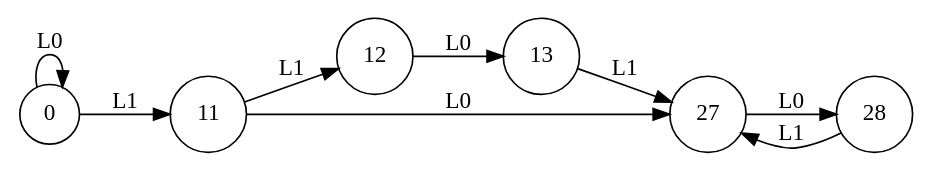
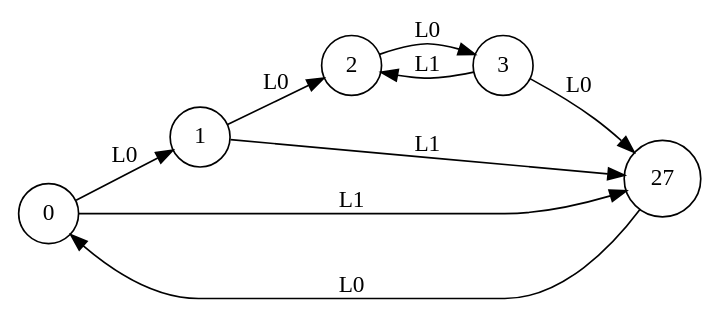
The diagram in learning_E0/learnt-automaton_5_2_2_1~3.dot (k85-ai/KB1), drawn with Graphviz before and after one commit. The commit also changed 403 other files, not shown here.

Commit message:
rerun basic edsm model and upload figure

```diff
--- a/learning_E0/learnt-automaton_5_2_2_1~3.dot
+++ b/learning_E0/learnt-automaton_5_2_2_1~3.dot
@@ -1,17 +1,16 @@
 digraph learntMachine {
   rankdir=LR;
   0 [shape=circle, label="0"];
-  11 [shape=circle, label="11"];
-  12 [shape=circle, label="12"];
-  13 [shape=circle, label="13"];
+  1 [shape=circle, label="1"];
+  2 [shape=circle, label="2"];
+  3 [shape=circle, label="3"];
   27 [shape=circle, label="27"];
-  28 [shape=circle, label="28"];
-  0 -> 0 [label="L0"];
-  0 -> 11 [label="L1"];
-  11 -> 12 [label="L1"];
-  12 -> 13 [label="L0"];
-  13 -> 27 [label="L1"];
-  11 -> 27 [label="L0"];
-  27 -> 28 [label="L0"];
-  28 -> 27 [label="L1"];
+  0 -> 1 [label="L0"];
+  1 -> 2 [label="L0"];
+  2 -> 3 [label="L0"];
+  3 -> 27 [label="L0"];
+  1 -> 27 [label="L1"];
+  3 -> 2 [label="L1"];
+  0 -> 27 [label="L1"];
+  27 -> 0 [label="L0"];
 }
```
